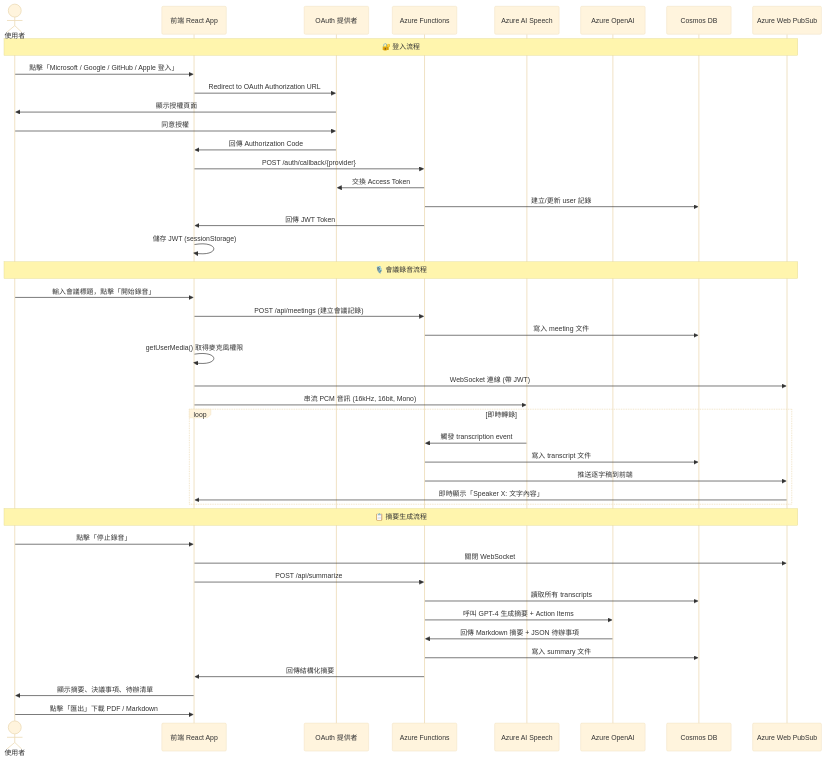
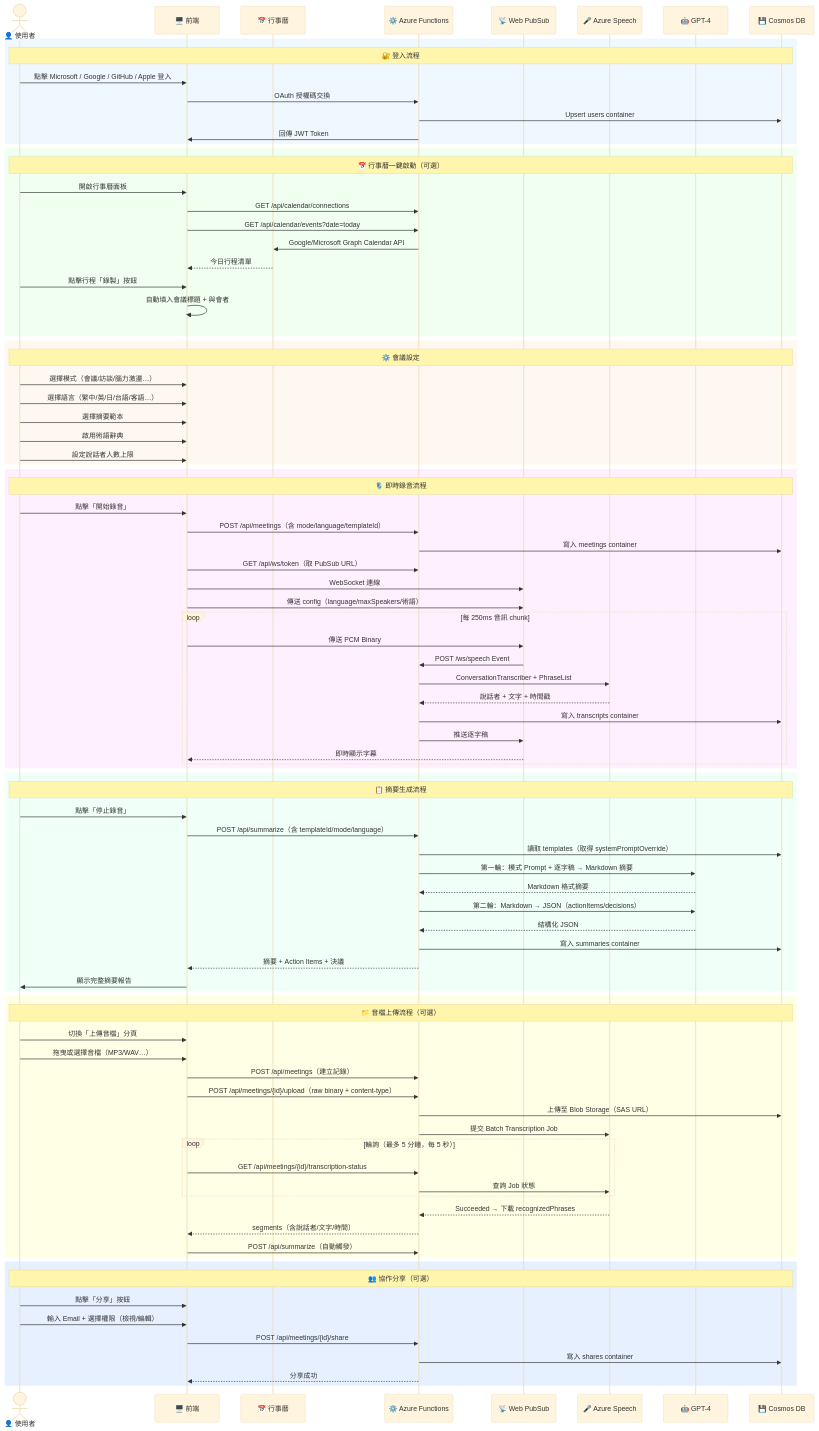
Before and after one commit to guessleej/xCloudLisbot: the third of 3 diagrams in README.md, drawn with Mermaid (base theme). The commit also changed other lines of this file and 16 other files, not shown here.

````diff
--- a/README.md
+++ b/README.md
@@ -138,50 +195,98 @@
 ```mermaid
 sequenceDiagram
-    actor User as 使用者
-    participant FE as 前端 React App
-    participant OAuth as OAuth 提供者
-    participant API as Azure Functions
-    participant Speech as Azure AI Speech
-    participant GPT as Azure OpenAI
-    participant DB as Cosmos DB
-    participant WPS as Azure Web PubSub
+    actor User as 👤 使用者
+    participant FE as 🖥️ 前端
+    participant CAL as 📅 行事曆
+    participant API as ⚙️ Azure Functions
+    participant PubSub as 📡 Web PubSub
+    participant Speech as 🎤 Azure Speech
+    participant GPT as 🤖 GPT-4
+    participant DB as 💾 Cosmos DB
 
-    Note over User,WPS: 🔐 登入流程
-    User->>FE: 點擊「Microsoft / Google / GitHub / Apple 登入」
-    FE->>OAuth: Redirect to OAuth Authorization URL
-    OAuth->>User: 顯示授權頁面
-    User->>OAuth: 同意授權
-    OAuth->>FE: 回傳 Authorization Code
-    FE->>API: POST /auth/callback/{provider}
-    API->>OAuth: 交換 Access Token
-    API->>DB: 建立/更新 user 記錄
-    API->>FE: 回傳 JWT Token
-    FE->>FE: 儲存 JWT (sessionStorage)
-
-    Note over User,WPS: 🎙️ 會議錄音流程
-    User->>FE: 輸入會議標題，點擊「開始錄音」
-    FE->>API: POST /api/meetings (建立會議記錄)
-    API->>DB: 寫入 meeting 文件
-    FE->>FE: getUserMedia() 取得麥克風權限
-    FE->>WPS: WebSocket 連線 (帶 JWT)
-    FE->>Speech: 串流 PCM 音訊 (16kHz, 16bit, Mono)
-
-    loop 即時轉錄
-        Speech->>API: 觸發 transcription event
-        API->>DB: 寫入 transcript 文件
-        API->>WPS: 推送逐字稿到前端
-        WPS->>FE: 即時顯示「Speaker X: 文字內容」
+    rect rgb(240, 248, 255)
+        Note over User,DB: 🔐 登入流程
+        User->>FE: 點擊 Microsoft / Google / GitHub / Apple 登入
+        FE->>API: OAuth 授權碼交換
+        API->>DB: Upsert users container
+        API->>FE: 回傳 JWT Token
     end
 
-    Note over User,WPS: 📋 摘要生成流程
-    User->>FE: 點擊「停止錄音」
-    FE->>WPS: 關閉 WebSocket
-    FE->>API: POST /api/summarize
-    API->>DB: 讀取所有 transcripts
-    API->>GPT: 呼叫 GPT-4 生成摘要 + Action Items
-    GPT->>API: 回傳 Markdown 摘要 + JSON 待辦事項
-    API->>DB: 寫入 summary 文件
-    API->>FE: 回傳結構化摘要
-    FE->>User: 顯示摘要、決議事項、待辦清單
-    User->>FE: 點擊「匯出」下載 PDF / Markdown
+    rect rgb(240, 255, 240)
+        Note over User,DB: 📅 行事曆一鍵啟動（可選）
+        User->>FE: 開啟行事曆面板
+        FE->>API: GET /api/calendar/connections
+        FE->>API: GET /api/calendar/events?date=today
+        API->>CAL: Google/Microsoft Graph Calendar API
+        CAL-->>FE: 今日行程清單
+        User->>FE: 點擊行程「錄製」按鈕
+        FE->>FE: 自動填入會議標題 + 與會者
+    end
+
+    rect rgb(255, 248, 240)
+        Note over User,DB: ⚙️ 會議設定
+        User->>FE: 選擇模式（會議/訪談/腦力激盪…）
+        User->>FE: 選擇語言（繁中/英/日/台語/客語…）
+        User->>FE: 選擇摘要範本
+        User->>FE: 啟用術語辭典
+        User->>FE: 設定說話者人數上限
+    end
+
+    rect rgb(255, 240, 255)
+        Note over User,DB: 🎙️ 即時錄音流程
+        User->>FE: 點擊「開始錄音」
+        FE->>API: POST /api/meetings（含 mode/language/templateId）
+        API->>DB: 寫入 meetings container
+        FE->>API: GET /api/ws/token（取 PubSub URL）
+        FE->>PubSub: WebSocket 連線
+        FE->>PubSub: 傳送 config（language/maxSpeakers/術語）
+        loop 每 250ms 音訊 chunk
+            FE->>PubSub: 傳送 PCM Binary
+            PubSub->>API: POST /ws/speech Event
+            API->>Speech: ConversationTranscriber + PhraseList
+            Speech-->>API: 說話者 + 文字 + 時間戳
+            API->>DB: 寫入 transcripts container
+            API->>PubSub: 推送逐字稿
+            PubSub-->>FE: 即時顯示字幕
+        end
+    end
+
+    rect rgb(240, 255, 248)
+        Note over User,DB: 📋 摘要生成流程
+        User->>FE: 點擊「停止錄音」
+        FE->>API: POST /api/summarize（含 templateId/mode/language）
+        API->>DB: 讀取 templates（取得 systemPromptOverride）
+        API->>GPT: 第一輪：模式 Prompt + 逐字稿 → Markdown 摘要
+        GPT-->>API: Markdown 格式摘要
+        API->>GPT: 第二輪：Markdown → JSON（actionItems/decisions）
+        GPT-->>API: 結構化 JSON
+        API->>DB: 寫入 summaries container
+        API-->>FE: 摘要 + Action Items + 決議
+        FE->>User: 顯示完整摘要報告
+    end
+
+    rect rgb(255, 255, 230)
+        Note over User,DB: 📁 音檔上傳流程（可選）
+        User->>FE: 切換「上傳音檔」分頁
+        User->>FE: 拖曳或選擇音檔（MP3/WAV…）
+        FE->>API: POST /api/meetings（建立記錄）
+        FE->>API: POST /api/meetings/{id}/upload（raw binary + content-type）
+        API->>DB: 上傳至 Blob Storage（SAS URL）
+        API->>Speech: 提交 Batch Transcription Job
+        loop 輪詢（最多 5 分鐘，每 5 秒）
+            FE->>API: GET /api/meetings/{id}/transcription-status
+            API->>Speech: 查詢 Job 狀態
+        end
+        Speech-->>API: Succeeded → 下載 recognizedPhrases
+        API-->>FE: segments（含說話者/文字/時間）
+        FE->>API: POST /api/summarize（自動觸發）
+    end
+
+    rect rgb(230, 240, 255)
+        Note over User,DB: 👥 協作分享（可選）
+        User->>FE: 點擊「分享」按鈕
+        User->>FE: 輸入 Email + 選擇權限（檢視/編輯）
+        FE->>API: POST /api/meetings/{id}/share
+        API->>DB: 寫入 shares container
+        API-->>FE: 分享成功
+    end
 ```
````
